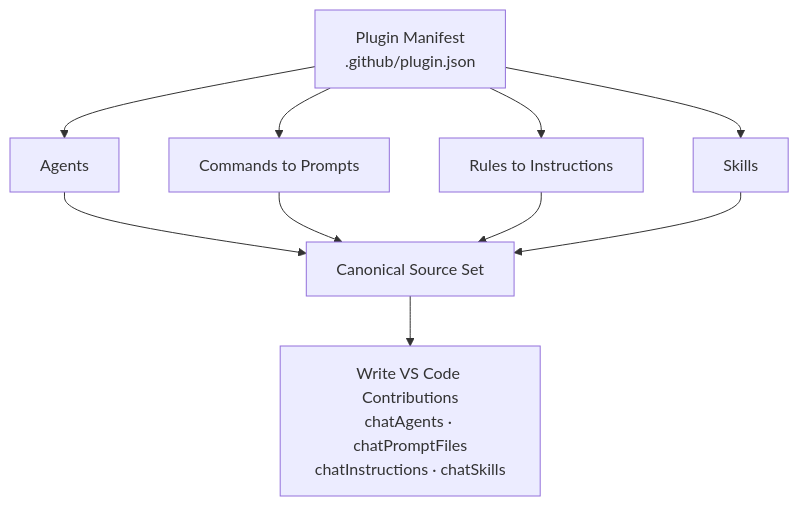
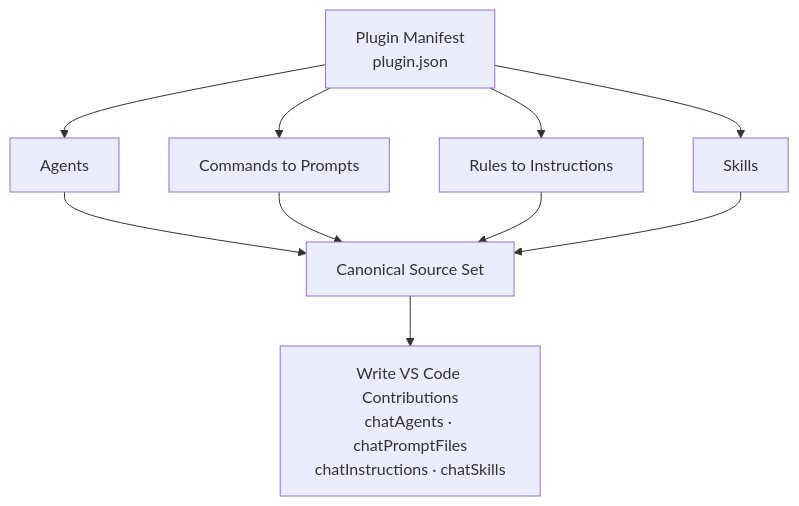
The second of 3 diagrams in extension/PACKAGING.md (MohammedAlkindi/hve-core), drawn with Mermaid before and after one commit. The commit also changed other lines of this file and 53 other files, not shown here.

````diff
--- a/extension/PACKAGING.md
+++ b/extension/PACKAGING.md
@@ -137,12 +137,12 @@
 ```mermaid
 flowchart TB
-    MANIFEST["Plugin Manifest<br/>.github/plugin.json"] --> AG[Agents]
+    MANIFEST["Plugin Manifest<br/>plugin.json"] --> AG[Agents]
     MANIFEST --> PR[Commands to Prompts]
     MANIFEST --> IN[Rules to Instructions]
     MANIFEST --> SK[Skills]
     AG --> FINAL[Canonical Source Set]
     PR --> FINAL
     IN --> FINAL
     SK --> FINAL
     FINAL --> UPD["Write VS Code Contributions<br/>chatAgents · chatPromptFiles<br/>chatInstructions · chatSkills"]
 ```
````
